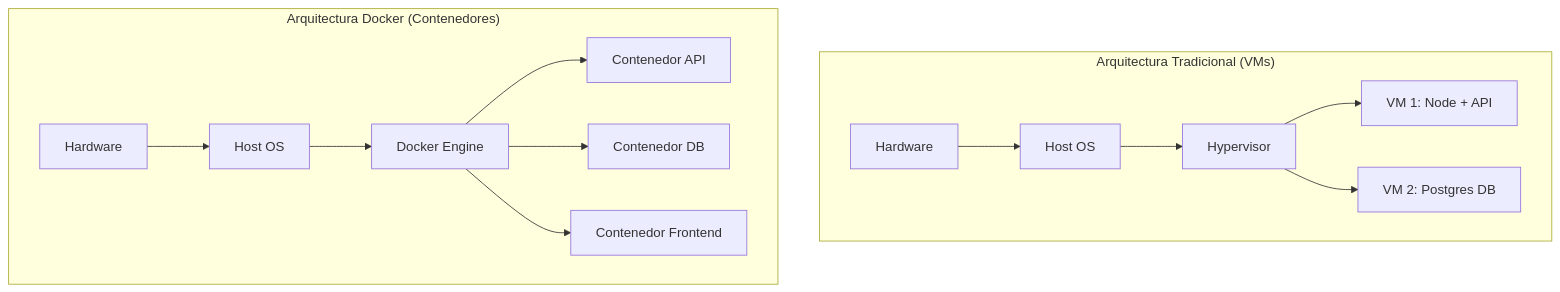
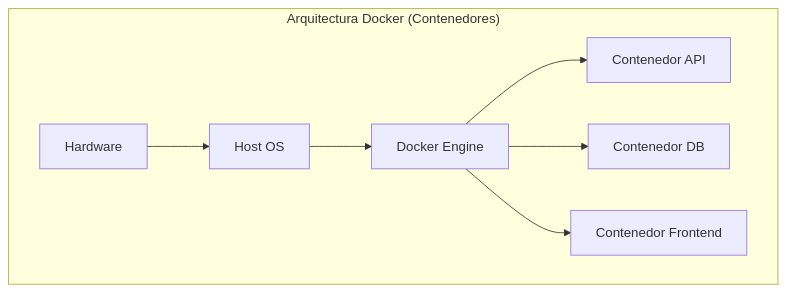
The second of 6 diagrams in modulo3/6-Despliegue.md (cesardiaz-utp/DevSeniorCode-CursoCleanArchitectureNode), drawn with Mermaid before and after one commit. The commit also changed other lines of this file, not shown here.

````diff
--- a/modulo3/6-Despliegue.md
+++ b/modulo3/6-Despliegue.md
@@ -31,17 +64,10 @@
 ```mermaid
 graph TD
-  subgraph "Arquitectura Tradicional (VMs)"
-      HW1[Hardware] --> HostOS1[Host OS]
-      HostOS1 --> Hypervisor[Hypervisor]
-      Hypervisor --> VM1[VM 1: Node + API]
-      Hypervisor --> VM2[VM 2: Postgres DB]
-  end
-
   subgraph "Arquitectura Docker (Contenedores)"
       HW2[Hardware] --> HostOS2[Host OS]
       HostOS2 --> DockerEngine[Docker Engine]
       DockerEngine --> C1[Contenedor API]
       DockerEngine --> C2[Contenedor DB]
       DockerEngine --> C3[Contenedor Frontend]
   end
 ```
````
